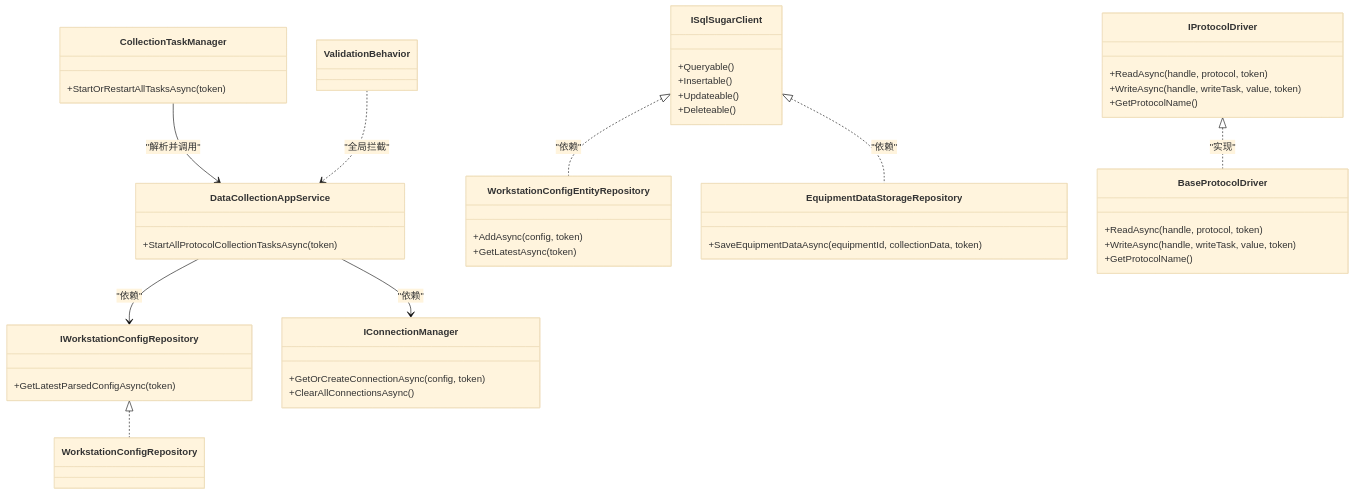
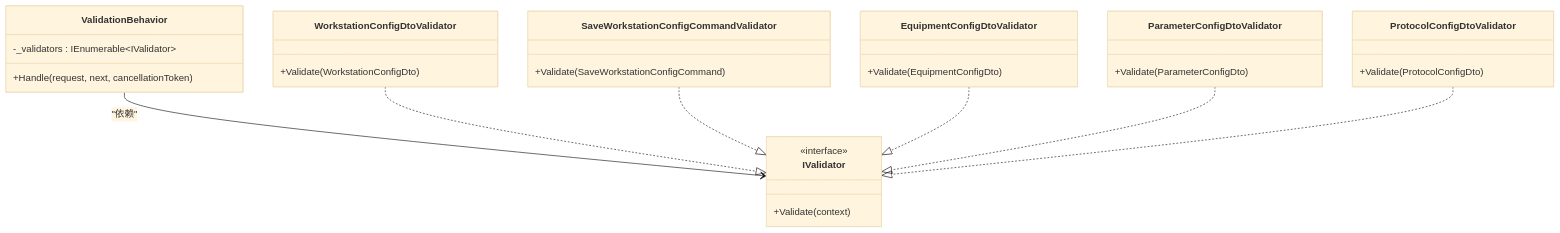
The third of 3 diagrams in .qoder/repowiki/zh/content/系统架构设计/依赖注入配置.md (whitemousetl/IndustrialDataSolution), drawn with Mermaid (base theme) before and after one commit. The commit also changed other lines of this file and 13 other files, not shown here.

````diff
--- a/.qoder/repowiki/zh/content/系统架构设计/依赖注入配置.md
+++ b/.qoder/repowiki/zh/content/系统架构设计/依赖注入配置.md
@@ -279,49 +248,32 @@
 ```mermaid
 classDiagram
-class IWorkstationConfigRepository {
-+GetLatestParsedConfigAsync(token)
+class ValidationBehavior {
++Handle(request, next, cancellationToken)
+-_validators : IEnumerable~IValidator~
 }
-class WorkstationConfigRepository
-class IConnectionManager {
-+GetOrCreateConnectionAsync(config, token)
-+ClearAllConnectionsAsync()
+class WorkstationConfigDtoValidator {
++Validate(WorkstationConfigDto)
 }
-class DataCollectionAppService {
-+StartAllProtocolCollectionTasksAsync(token)
+class SaveWorkstationConfigCommandValidator {
++Validate(SaveWorkstationConfigCommand)
 }
-class CollectionTaskManager {
-+StartOrRestartAllTasksAsync(token)
+class EquipmentConfigDtoValidator {
++Validate(EquipmentConfigDto)
 }
-class ValidationBehavior
-class ISqlSugarClient {
-+Queryable()
-+Insertable()
-+Updateable()
-+Deleteable()
+class ParameterConfigDtoValidator {
++Validate(ParameterConfigDto)
 }
-class WorkstationConfigEntityRepository {
-+AddAsync(config, token)
-+GetLatestAsync(token)
+class ProtocolConfigDtoValidator {
++Validate(ProtocolConfigDto)
 }
-class EquipmentDataStorageRepository {
-+SaveEquipmentDataAsync(equipmentId, collectionData, token)
+class IValidator {
+<<interface>>
++Validate(context)
 }
-class IProtocolDriver {
-+ReadAsync(handle, protocol, token)
-+WriteAsync(handle, writeTask, value, token)
-+GetProtocolName()
-}
-class BaseProtocolDriver {
-+ReadAsync(handle, protocol, token)
-+WriteAsync(handle, writeTask, value, token)
-+GetProtocolName()
-}
-IWorkstationConfigRepository <|.. WorkstationConfigRepository
-DataCollectionAppService --> IWorkstationConfigRepository : "依赖"
-DataCollectionAppService --> IConnectionManager : "依赖"
-CollectionTaskManager --> DataCollectionAppService : "解析并调用"
-ValidationBehavior ..> DataCollectionAppService : "全局拦截"
-ISqlSugarClient <|.. WorkstationConfigEntityRepository : "依赖"
-ISqlSugarClient <|.. EquipmentDataStorageRepository : "依赖"
-IProtocolDriver <|.. BaseProtocolDriver : "实现"
+ValidationBehavior --> IValidator : "依赖"
+WorkstationConfigDtoValidator ..|> IValidator
+SaveWorkstationConfigCommandValidator ..|> IValidator
+EquipmentConfigDtoValidator ..|> IValidator
+ParameterConfigDtoValidator ..|> IValidator
+ProtocolConfigDtoValidator ..|> IValidator
 ```
````
